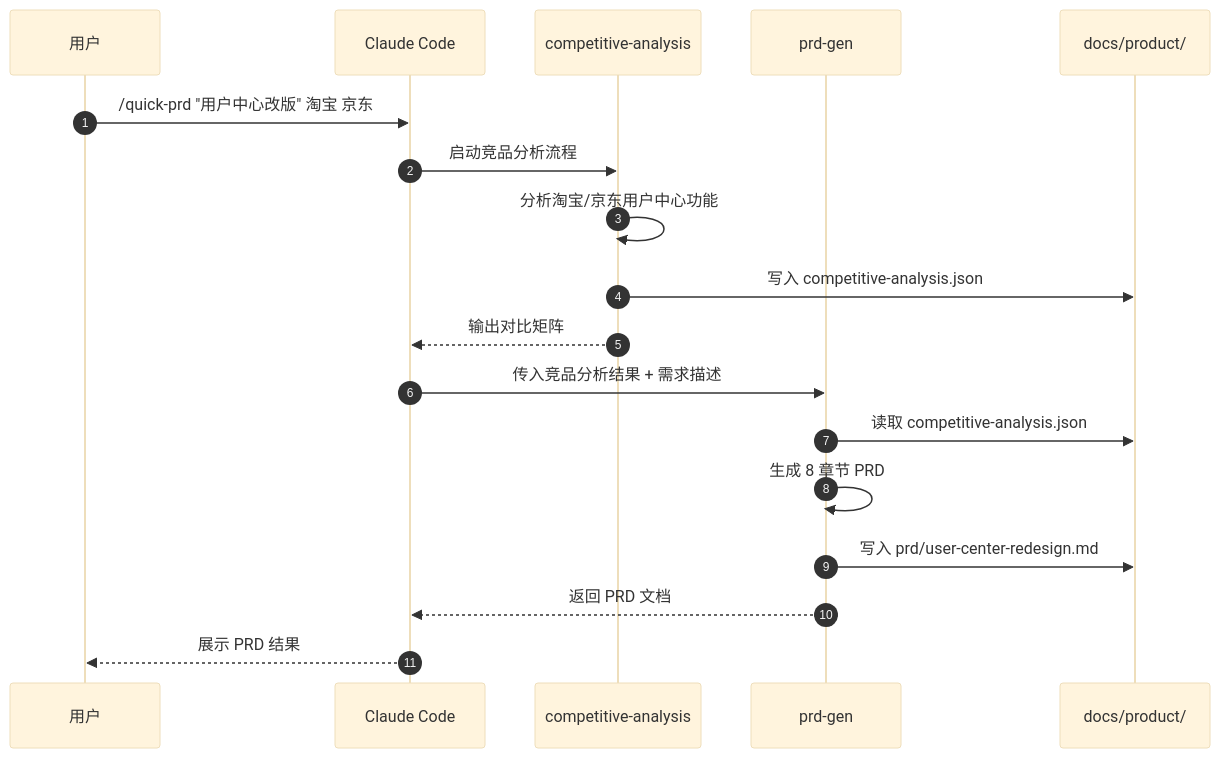
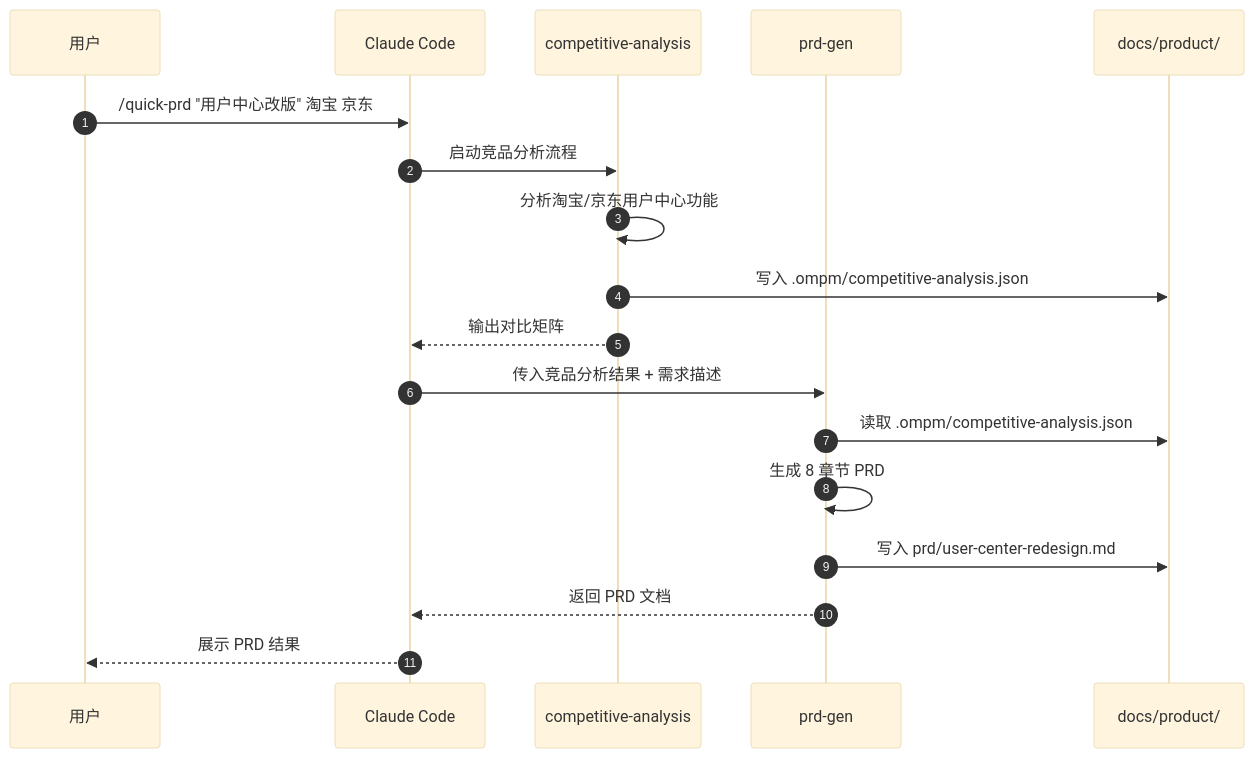
Before and after one commit to kelegele/oh-my-pm: the third of 9 diagrams in docs/architecture/workflow-architecture.md, drawn with Mermaid (base theme). The commit also changed other lines of this file and 21 other files, not shown here.

````diff
--- a/docs/architecture/workflow-architecture.md
+++ b/docs/architecture/workflow-architecture.md
@@ -88,21 +90,21 @@
 ```mermaid
 sequenceDiagram
     autonumber
     participant U as 用户
     participant CC as Claude Code
     participant CA as competitive-analysis
     participant PG as prd-gen
     participant CTX as docs/product/
 
     U->>CC: /quick-prd "用户中心改版" 淘宝 京东
     CC->>CA: 启动竞品分析流程
     CA->>CA: 分析淘宝/京东用户中心功能
-    CA->>CTX: 写入 competitive-analysis.json
+    CA->>CTX: 写入 .ompm/competitive-analysis.json
     CA-->>CC: 输出对比矩阵
     CC->>PG: 传入竞品分析结果 + 需求描述
-    PG->>CTX: 读取 competitive-analysis.json
+    PG->>CTX: 读取 .ompm/competitive-analysis.json
     PG->>PG: 生成 8 章节 PRD
     PG->>CTX: 写入 prd/user-center-redesign.md
     PG-->>CC: 返回 PRD 文档
     CC-->>U: 展示 PRD 结果
 ```
````
